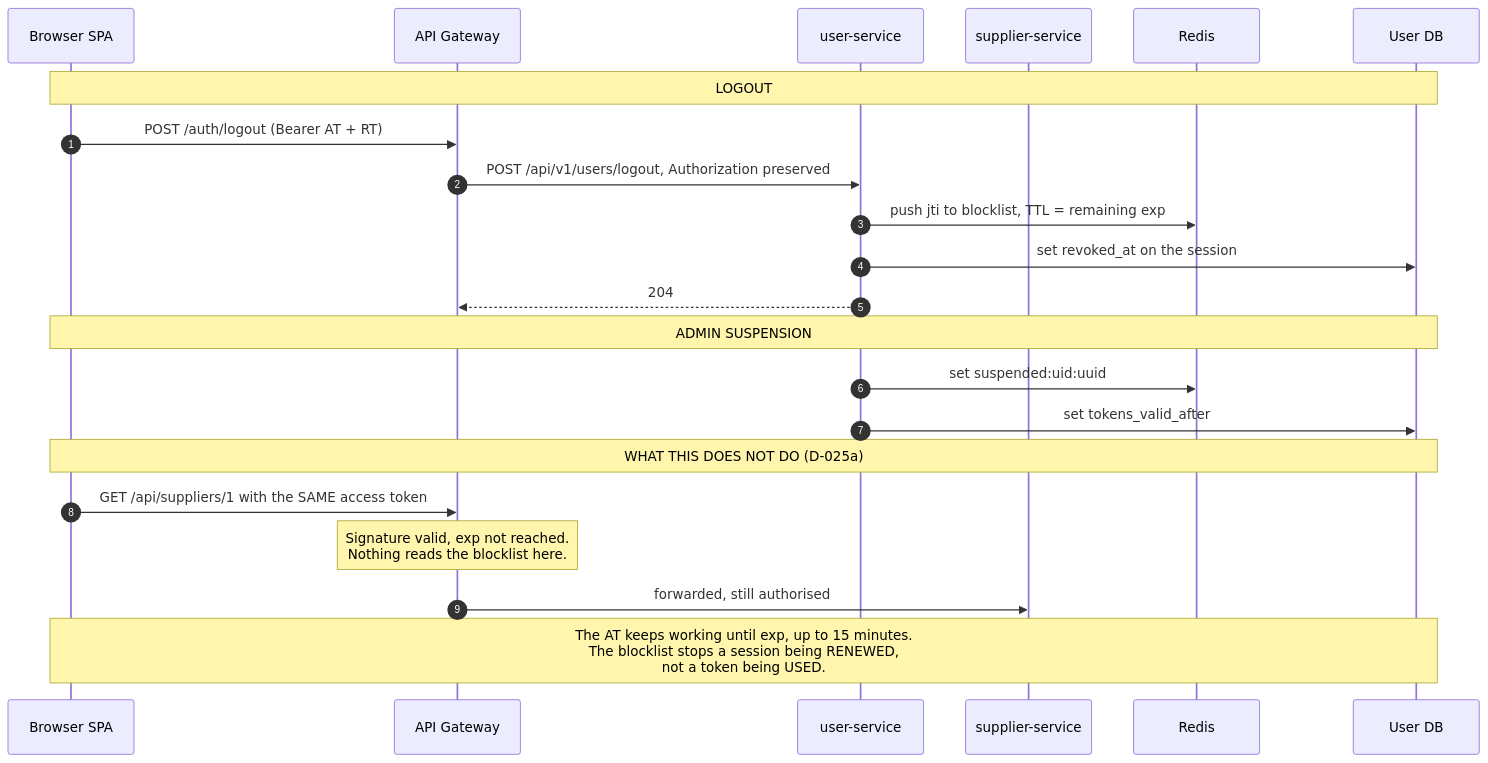
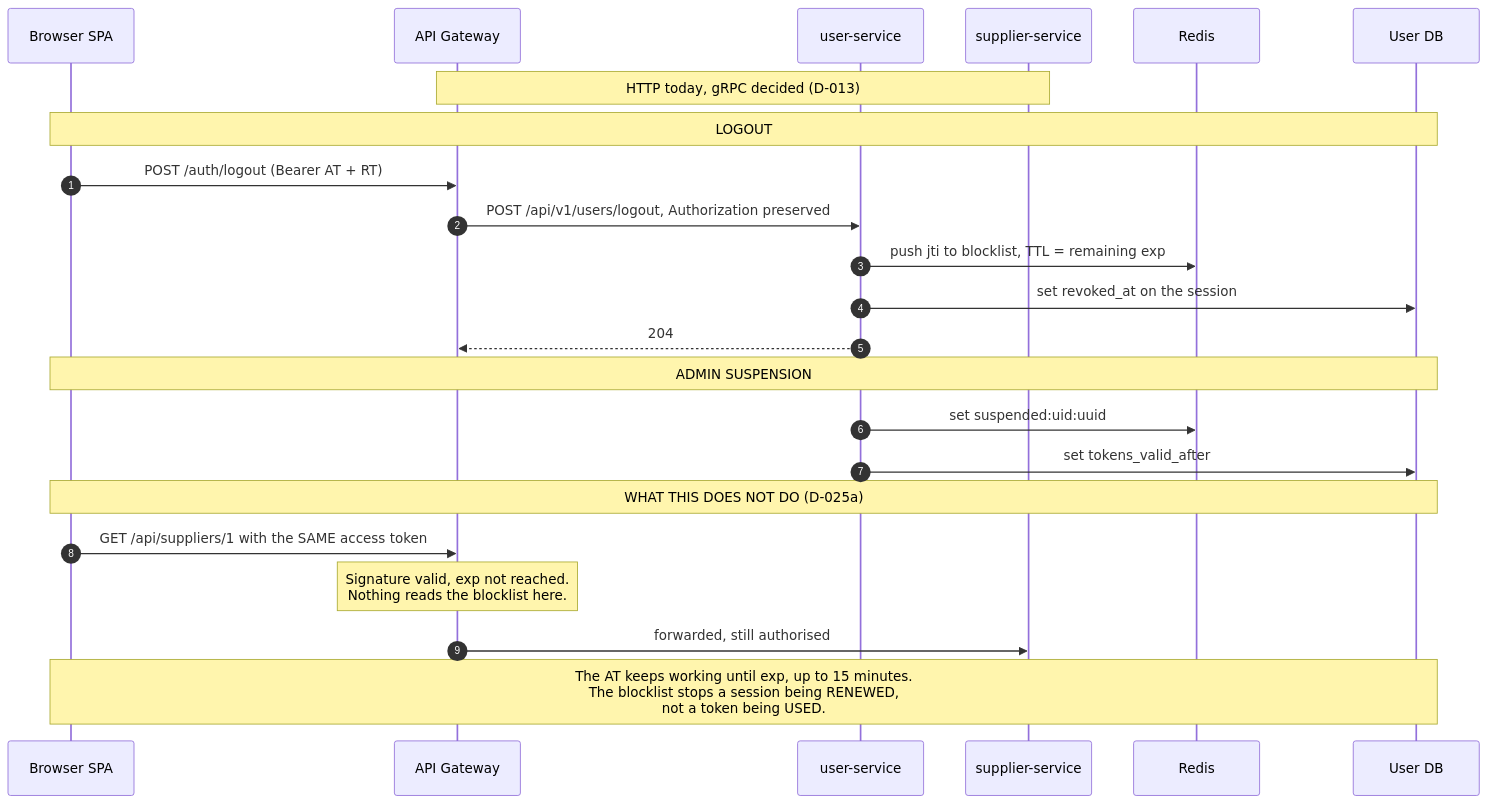
Before and after one commit to AY2627S1-CS3219-P2/FoC: the fifth of 6 diagrams in ai/decisions/architecture.md, drawn with Mermaid.

````diff
--- a/ai/decisions/architecture.md
+++ b/ai/decisions/architecture.md
@@ -189,27 +189,28 @@
 ```mermaid
 sequenceDiagram
     autonumber
     participant UI as Browser SPA
     participant GW as API Gateway
     participant US as user-service
     participant SUP as supplier-service
     participant RDS as Redis
     participant DB as User DB
+    Note over GW,SUP: HTTP today, gRPC decided (D-013)
 
     Note over UI,DB: LOGOUT
     UI->>GW: POST /auth/logout (Bearer AT + RT)
     GW->>US: POST /api/v1/users/logout, Authorization preserved
     US->>RDS: push jti to blocklist, TTL = remaining exp
     US->>DB: set revoked_at on the session
     US-->>GW: 204
 
     Note over UI,DB: ADMIN SUSPENSION
     US->>RDS: set suspended:uid:uuid
     US->>DB: set tokens_valid_after
 
     Note over UI,DB: WHAT THIS DOES NOT DO (D-025a)
     UI->>GW: GET /api/suppliers/1 with the SAME access token
     Note over GW: Signature valid, exp not reached.<br/>Nothing reads the blocklist here.
     GW->>SUP: forwarded, still authorised
     Note over UI,DB: The AT keeps working until exp, up to 15 minutes.<br/>The blocklist stops a session being RENEWED,<br/>not a token being USED.
 ```
````
